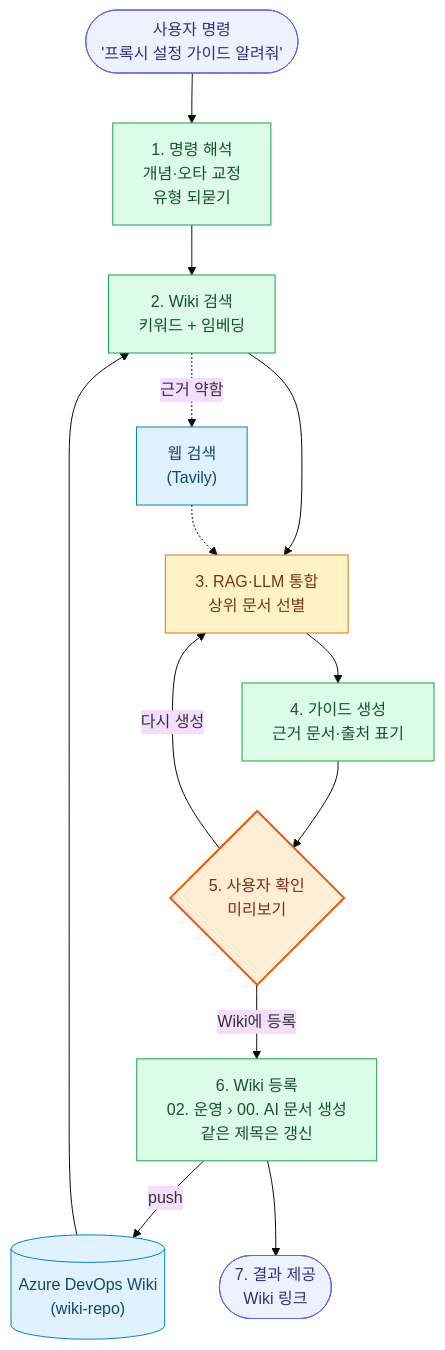
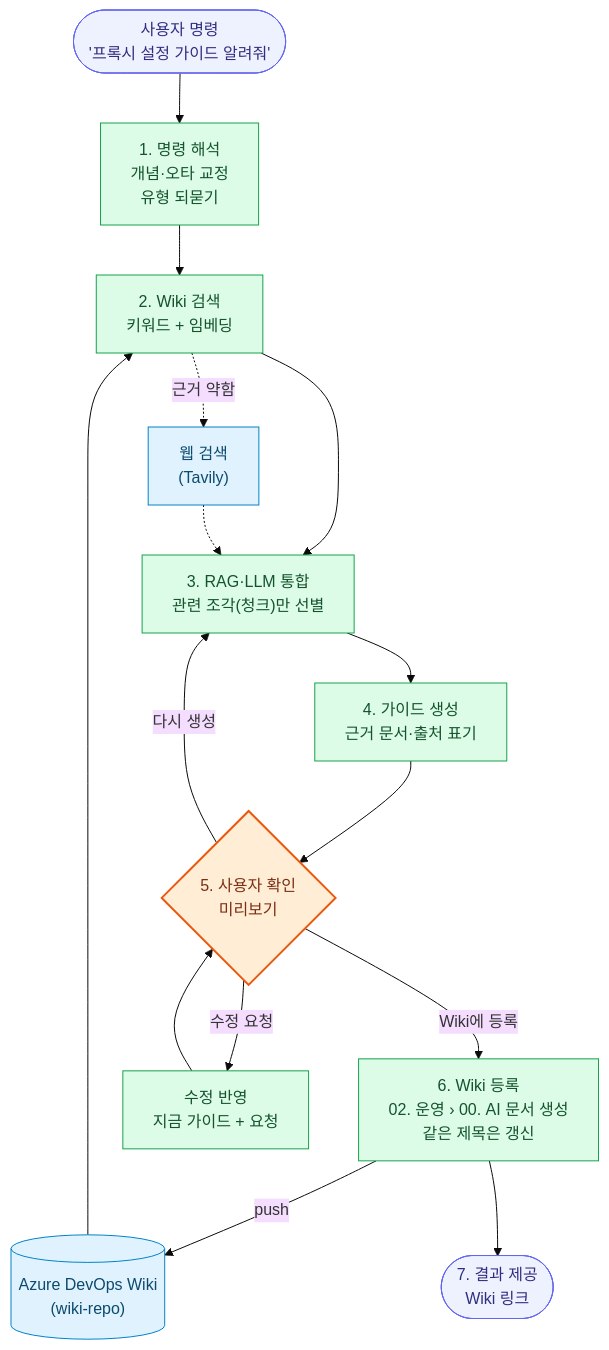
The first of 10 diagrams in README.md (pcmola/ai-master), drawn with Mermaid (base theme) before and after one commit. The commit also changed other lines of this file and 4 other files, not shown here.

````diff
--- a/README.md
+++ b/README.md
@@ -25,27 +25,28 @@
 ```mermaid
 flowchart TD
     q(["사용자 명령<br/>'프록시 설정 가이드 알려줘'"]) --> a["1. 명령 해석<br/>개념·오타 교정<br/>유형 되묻기"]
     a --> s["2. Wiki 검색<br/>키워드 + 임베딩"]
     wiki[("Azure DevOps Wiki<br/>(wiki-repo)")] --> s
     s -. "근거 약함" .-> web["웹 검색<br/>(Tavily)"]
-    s --> r["3. RAG·LLM 통합<br/>상위 문서 선별"]
+    s --> r["3. RAG·LLM 통합<br/>관련 조각(청크)만 선별"]
     web -.-> r
     r --> g["4. 가이드 생성<br/>근거 문서·출처 표기"]
     g --> u{"5. 사용자 확인<br/>미리보기"}
     u -- "다시 생성" --> r
     u -- "Wiki에 등록" --> reg["6. Wiki 등록<br/>02. 운영 › 00. AI 문서 생성<br/>같은 제목은 갱신"]
     reg -- "push" --> wiki
     reg --> out(["7. 결과 제공<br/>Wiki 링크"])
+    u -- "수정 요청" --> rv["수정 반영<br/>지금 가이드 + 요청"]
+    rv --> u
 
     classDef done fill:#DCFCE7,stroke:#16A34A,color:#14532D
     classDef part fill:#FEF3C7,stroke:#D97706,color:#78350F
     classDef todo fill:#F1F5F9,stroke:#94A3B8,stroke-dasharray:4 3,color:#64748B
     classDef user fill:#FFEDD5,stroke:#EA580C,stroke-width:2px,color:#7C2D12
     classDef io fill:#EEF2FF,stroke:#6366F1,color:#312E81
     classDef ext fill:#E0F2FE,stroke:#0284C7,color:#0C4A6E
     class q,out io
-    class a,s,g,reg done
-    class r part
+    class a,s,r,g,reg,rv done
     class u user
     class wiki,web ext
 ```
````
